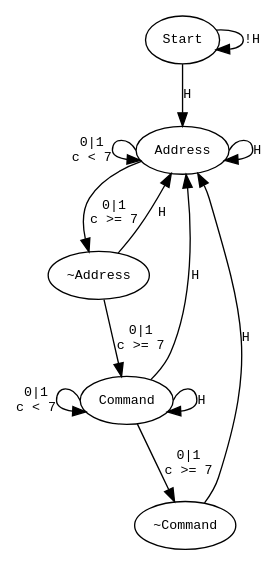
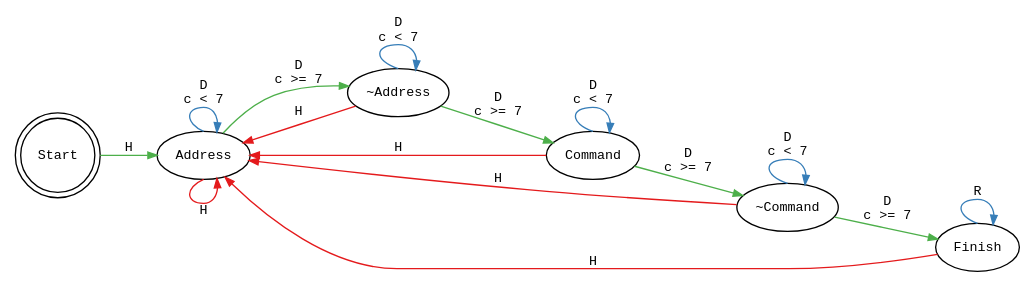
Before and after one commit to ITachiLab/itachi.pl: the diagram in tech-blog/modules/nec-parsing/diagrams/state-machine.dot, drawn with Graphviz. The commit also changed 1 other file, not shown here.

Commit message:
[nec-parsing] Add a state machine diagram to the module. Add DOT file describing the diagram.

```diff
--- a/tech-blog/modules/nec-parsing/diagrams/state-machine.dot
+++ b/tech-blog/modules/nec-parsing/diagrams/state-machine.dot
@@ -1,16 +1,27 @@
 digraph {
-node [fontname="courier",fontsize=10]
-edge [fontname="courier",fontsize=10]
-Start -> Start [label="!H"]
-Start -> Address [label=H]
-Address : w -> Address [label="0|1\nc < 7"]
-Address : e -> Address [label=H]
-Address -> "~Address" [label="0|1\nc >= 7"]
-"~Address" -> Address [label=H]
-"~Address" -> Command [label="0|1\nc >= 7"]
-Command -> Address[label=H]
-Command : w -> Command [label="0|1\nc < 7"]
-Command : e -> Command [label=H]
-Command -> "~Command" [label="0|1\nc >= 7"]
-"~Command" -> Address [label=H]
+    rankdir = "LR"
+    node [fontname = "courier", fontsize = 10]
+    edge [fontname = "courier", fontsize = 10, arrowsize=0.7, colorscheme=set13]
+
+    Start [shape = doublecircle]
+    Start -> Address [label = H, color = 3]
+
+    Address : s -> Address [label = H, color = 1]
+    Address : n -> Address [label = "D\nc < 7", color = 2]
+    Address -> "~Address" [label = "D\nc >= 7", color = 3]
+
+    "~Address" -> Address [label = H, color = 1]
+    "~Address" : n -> "~Address" [label = "D\nc < 7", color = 2]
+    "~Address" -> Command [label = "D\nc >= 7", color = 3]
+
+    Command -> Address [label = H, color = 1]
+    Command : n -> Command [label = "D\nc < 7", color = 2]
+    Command -> "~Command" [label = "D\nc >= 7", color = 3]
+
+    "~Command" -> Address [label = H, color = 1]
+    "~Command" : n -> "~Command" [label = "D\nc < 7", color = 2]
+    "~Command" -> Finish [label = "D\nc >= 7", color = 3]
+
+    Finish -> Address [label = H, color = 1]
+    Finish : n -> Finish [label = R, color = 2]
 }
```
